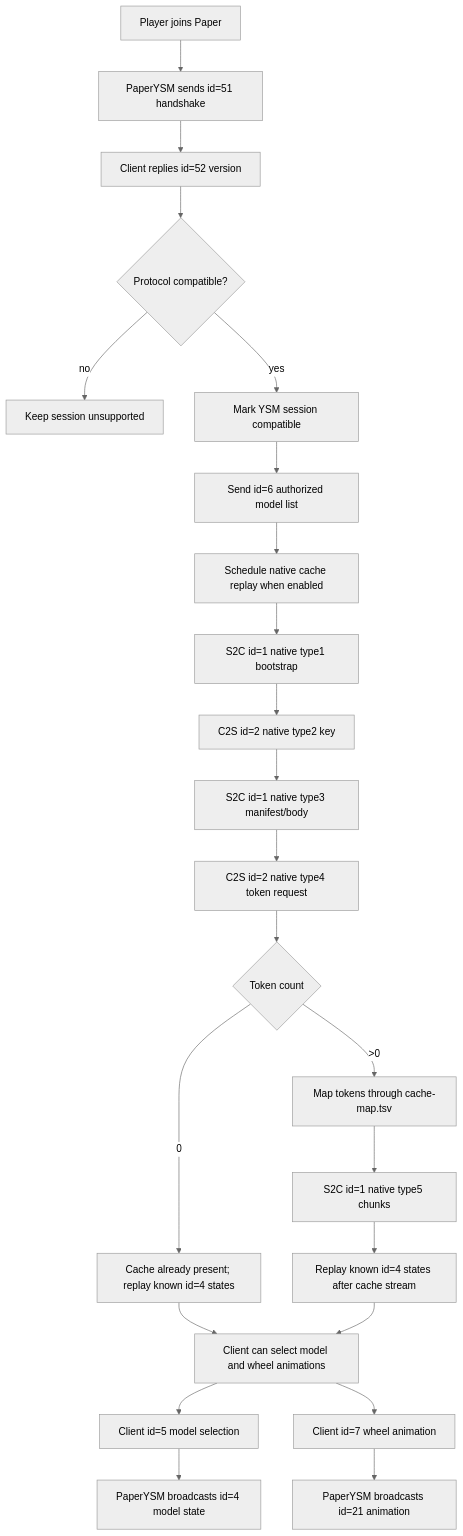
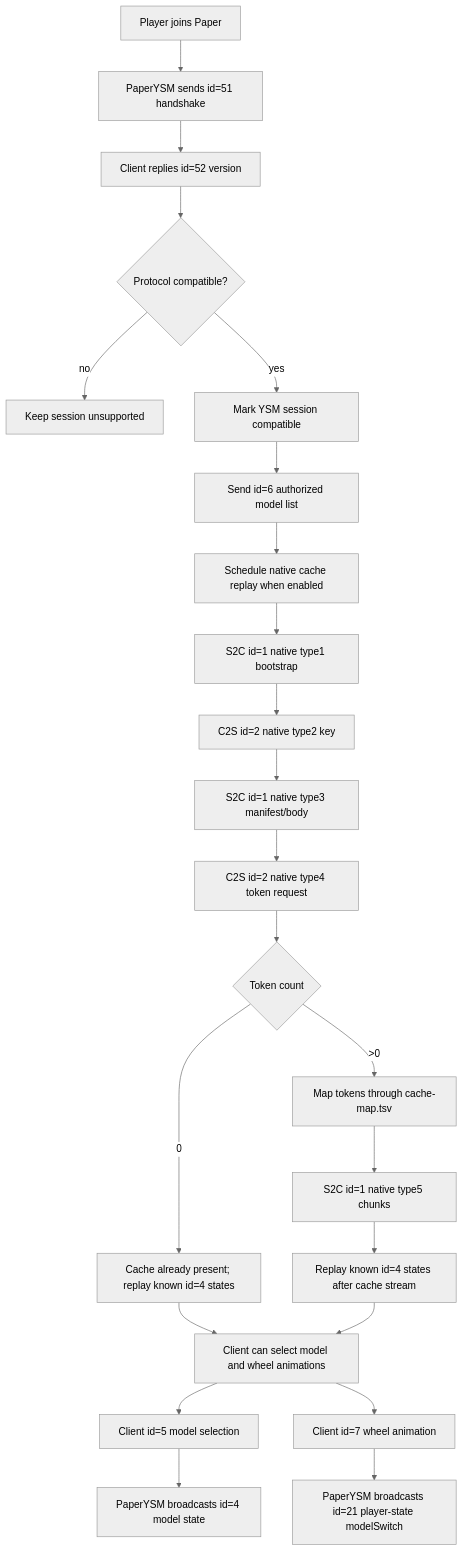
The diagram in docs/ysm-sync-progress.md (Moeary/YSM_Paper_Plugin), drawn with Mermaid (neutral theme) before and after one commit. The commit also changed other lines of this file and 8 other files, not shown here.

First line of the commit message:
Refactor YSM synchronization and animation handling

````diff
--- a/docs/ysm-sync-progress.md
+++ b/docs/ysm-sync-progress.md
@@ -78,25 +83,25 @@
 ```mermaid
 flowchart TD
     A["Player joins Paper"] --> B["PaperYSM sends id=51 handshake"]
     B --> C["Client replies id=52 version"]
     C --> D{"Protocol compatible?"}
     D -- "no" --> X["Keep session unsupported"]
     D -- "yes" --> E["Mark YSM session compatible"]
     E --> F["Send id=6 authorized model list"]
     F --> G["Schedule native cache replay when enabled"]
     G --> H["S2C id=1 native type1 bootstrap"]
     H --> I["C2S id=2 native type2 key"]
     I --> J["S2C id=1 native type3 manifest/body"]
     J --> K["C2S id=2 native type4 token request"]
     K --> L{"Token count"}
     L -- "0" --> M["Cache already present; replay known id=4 states"]
     L -- ">0" --> N["Map tokens through cache-map.tsv"]
     N --> O["S2C id=1 native type5 chunks"]
     O --> P["Replay known id=4 states after cache stream"]
     M --> Q["Client can select model and wheel animations"]
     P --> Q
     Q --> R["Client id=5 model selection"]
     R --> S["PaperYSM broadcasts id=4 model state"]
     Q --> T["Client id=7 wheel animation"]
-    T --> U["PaperYSM broadcasts id=21 animation"]
+    T --> U["PaperYSM broadcasts id=21 player-state modelSwitch"]
 ```
````
